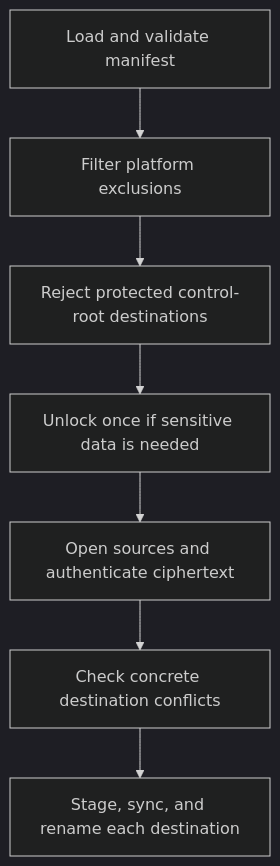
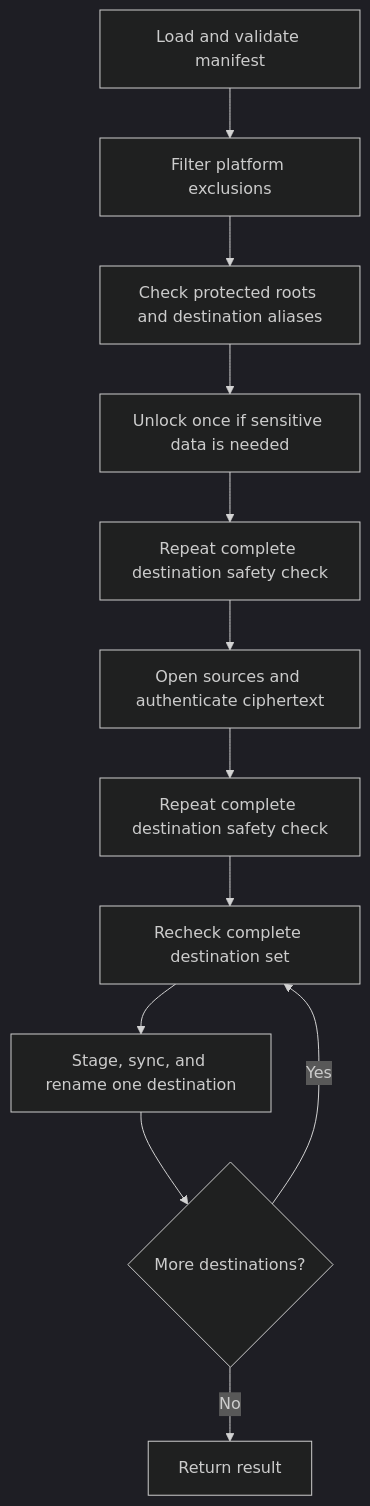
One commit to exdial/susu changed the second of 2 diagrams in docs/design.md. Above: the diagram before and after it, drawn with Mermaid (dark theme). The commit also changed other lines of this file and 3 other files, not shown here.

````diff
--- a/docs/design.md
+++ b/docs/design.md
@@ -287,9 +289,14 @@
 ```mermaid
 flowchart TB
     Manifest[Load and validate manifest] --> Filter[Filter platform exclusions]
-    Filter --> ControlGuard[Reject protected control-root destinations]
-    ControlGuard --> Unlock[Unlock once if sensitive data is needed]
-    Unlock --> Preflight[Open sources and authenticate ciphertext]
-    Preflight --> Conflicts[Check concrete destination conflicts]
-    Conflicts --> Replace[Stage, sync, and rename each destination]
+    Filter --> InitialSafety[Check protected roots and destination aliases]
+    InitialSafety --> Unlock[Unlock once if sensitive data is needed]
+    Unlock --> UnlockSafety[Repeat complete destination safety check]
+    UnlockSafety --> Preflight[Open sources and authenticate ciphertext]
+    Preflight --> PreflightSafety[Repeat complete destination safety check]
+    PreflightSafety --> Recheck[Recheck complete destination set]
+    Recheck --> Replace[Stage, sync, and rename one destination]
+    Replace --> More{More destinations?}
+    More -->|Yes| Recheck
+    More -->|No| Done[Return result]
 ```
````
